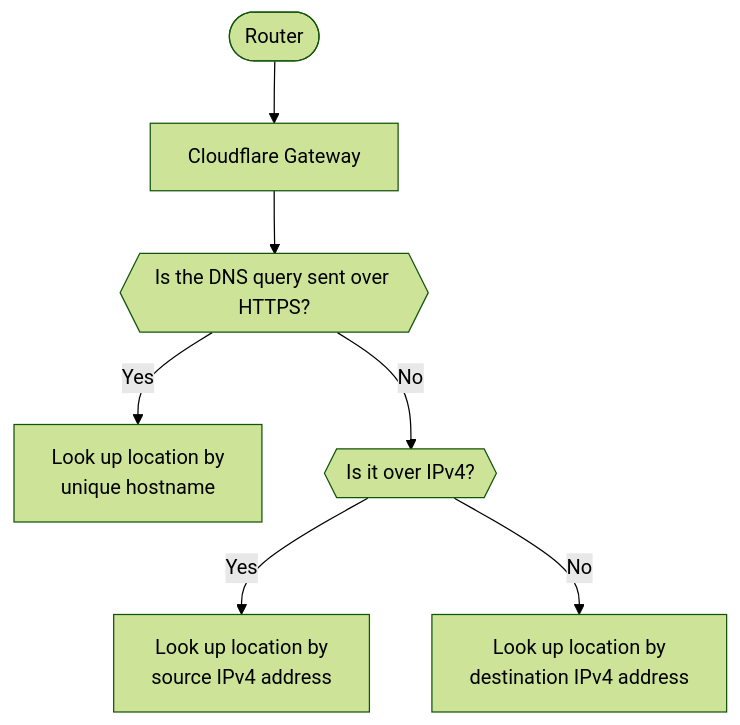
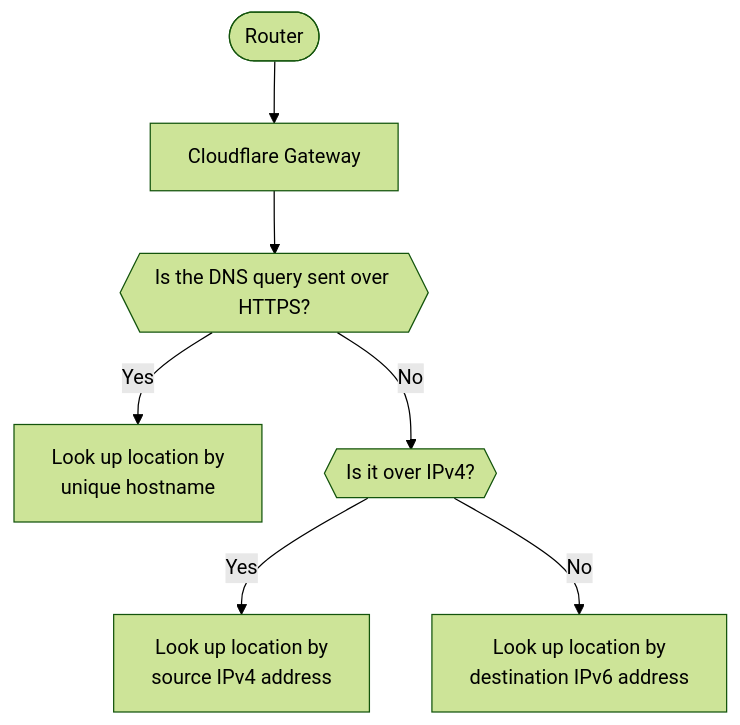
One commit to cloudflare/cloudflare-docs changed the diagram in content/cloudflare-one/connections/connect-devices/agentless/dns/locations/dns-resolver-ips.md. Above: the diagram before and after it, drawn with Mermaid (forest theme).

````diff
--- a/content/cloudflare-one/connections/connect-devices/agentless/dns/locations/dns-resolver-ips.md
+++ b/content/cloudflare-one/connections/connect-devices/agentless/dns/locations/dns-resolver-ips.md
@@ -21,17 +21,17 @@
 ```mermaid
 flowchart TB
     %% Accessibility
     accTitle: How Gateway matches queries to DNS locations
     accDescr: Flowchart describing the order of checks Cloudflare Gateway performs to determine the DNS location of a DNS query.
 
     %% Flowchart
     router(["Router"])-->gateway["Cloudflare Gateway"]
 
     gateway-->query{{"Is the DNS query sent over HTTPS?"}}
 
     query--Yes-->hostname["Look up location by<br />unique hostname"]
     query--"No"-->ipv4{{"Is it over IPv4?"}}
 
     ipv4--Yes-->source["Look up location by<br />source IPv4 address"]
-    ipv4--"No"-->destination["Look up location by<br />destination IPv4 address"]
+    ipv4--"No"-->destination["Look up location by<br />destination IPv6 address"]
 ```
````
